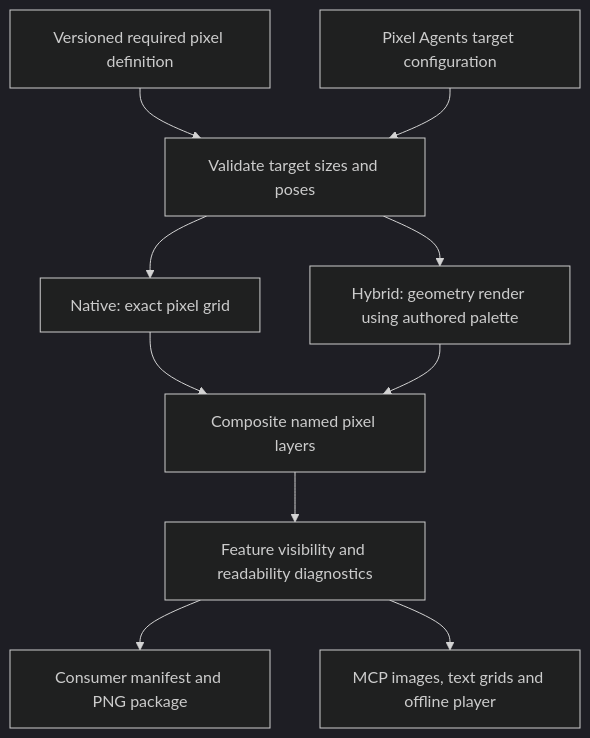
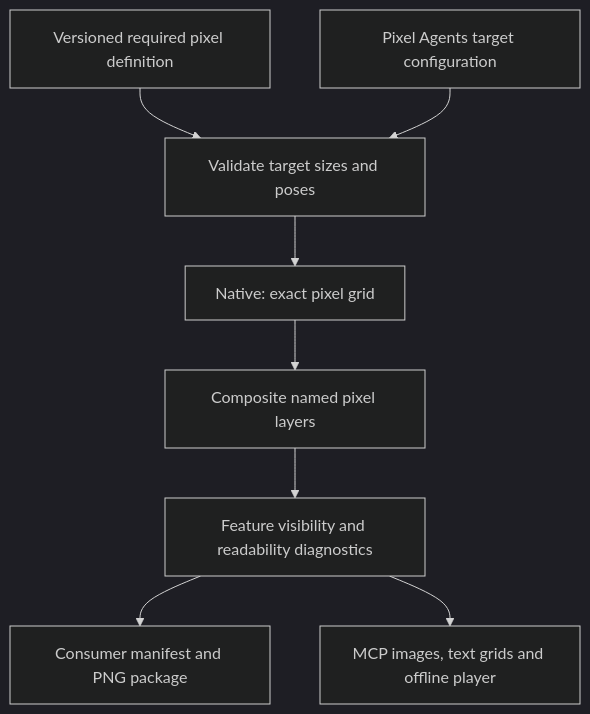
One commit to NNTin/pixel-art-mcp changed the second of 2 diagrams in docs/overview.md. Above: the diagram before and after it, drawn with Mermaid (dark theme). The commit also changed other lines of this file and 5 other files, not shown here.

````diff
--- a/docs/overview.md
+++ b/docs/overview.md
@@ -52,12 +53,10 @@
 ```mermaid
 flowchart TD
     Source["Versioned required pixel definition"] --> Validate["Validate target sizes and poses"]
     Config["Pixel Agents target configuration"] --> Validate
     Validate --> Native["Native: exact pixel grid"]
-    Validate --> Hybrid["Hybrid: geometry render using authored palette"]
     Native --> Composite["Composite named pixel layers"]
-    Hybrid --> Composite
     Composite --> Inspect["Feature visibility and readability diagnostics"]
     Inspect --> Package["Consumer manifest and PNG package"]
     Inspect --> Preview["MCP images, text grids and offline player"]
 ```
````
